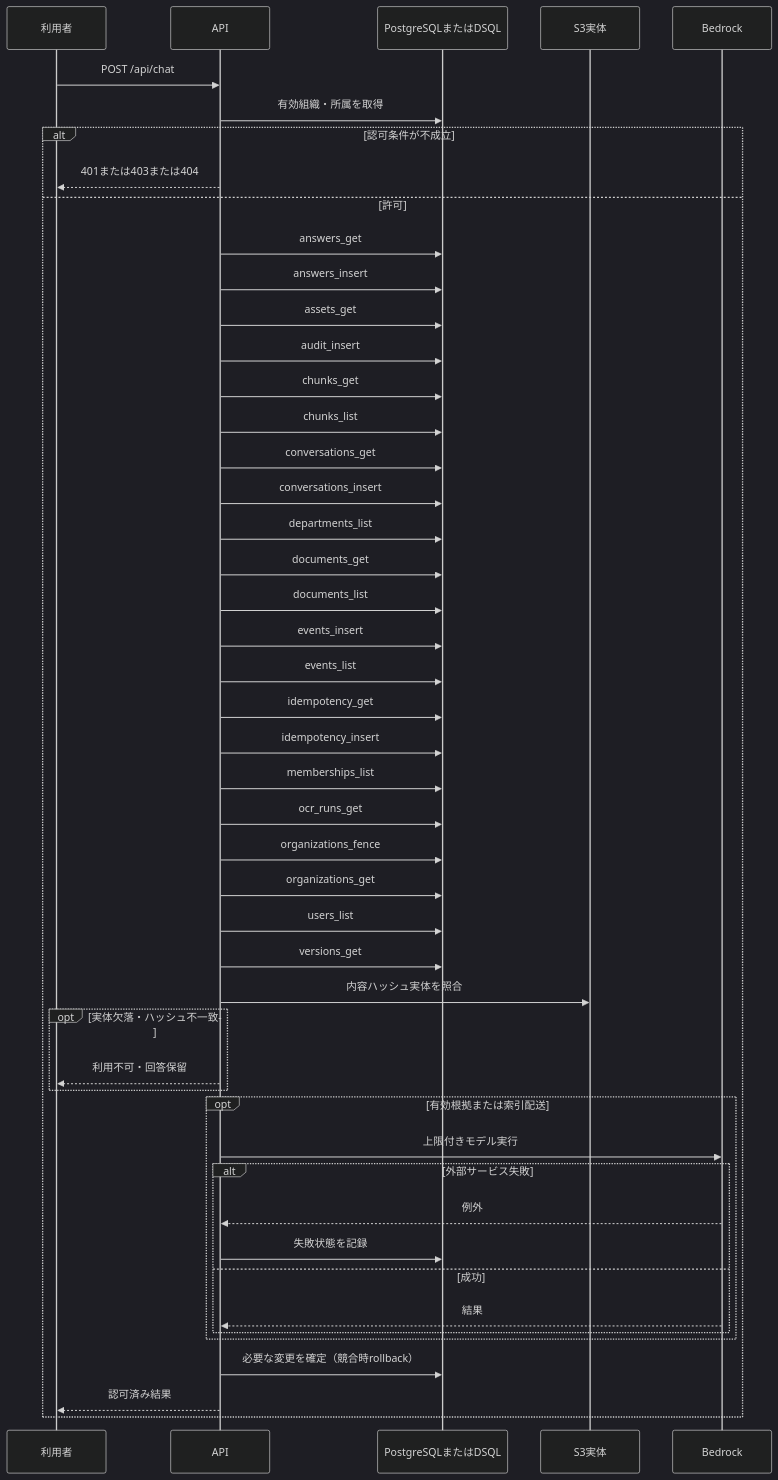
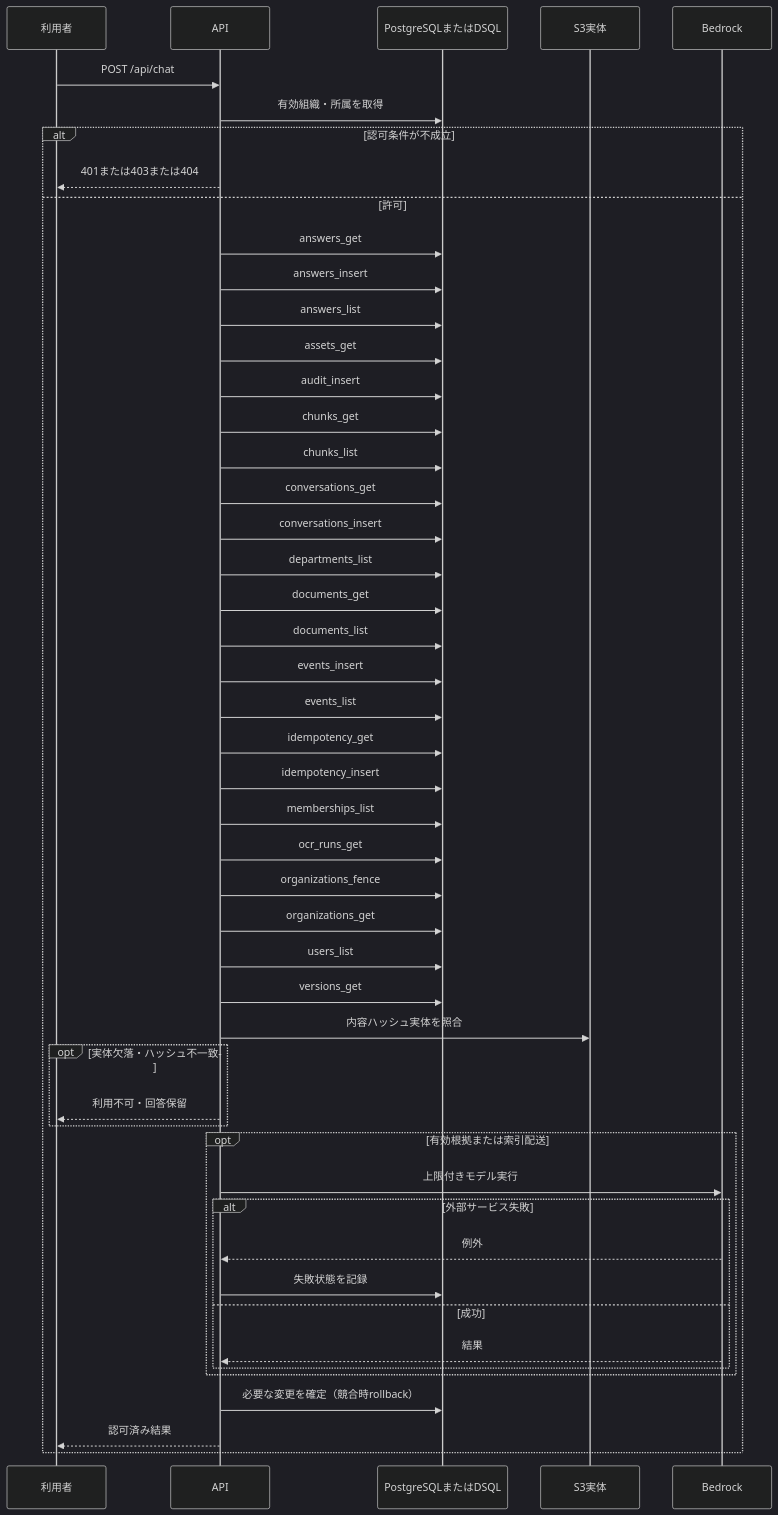
The diagram in docs/design/generated/api/ask_question.sequence.md (tsuji-tomonori/KotoRelay), drawn with Mermaid (dark theme) before and after one commit. The commit also changed other lines of this file and 214 other files, not shown here.

````diff
--- a/docs/design/generated/api/ask_question.sequence.md
+++ b/docs/design/generated/api/ask_question.sequence.md
@@ -5,50 +5,51 @@
 ```mermaid
 sequenceDiagram
     participant U as 利用者
     participant A as API
     participant D as PostgreSQLまたはDSQL
     participant S as S3実体
     participant M as Bedrock
     U->>A: POST /api/chat
     A->>D: 有効組織・所属を取得
     alt 認可条件が不成立
         A-->>U: 401または403または404
     else 許可
         A->>D: answers_get
         A->>D: answers_insert
+        A->>D: answers_list
         A->>D: assets_get
         A->>D: audit_insert
         A->>D: chunks_get
         A->>D: chunks_list
         A->>D: conversations_get
         A->>D: conversations_insert
         A->>D: departments_list
         A->>D: documents_get
         A->>D: documents_list
         A->>D: events_insert
         A->>D: events_list
         A->>D: idempotency_get
         A->>D: idempotency_insert
         A->>D: memberships_list
         A->>D: ocr_runs_get
         A->>D: organizations_fence
         A->>D: organizations_get
         A->>D: users_list
         A->>D: versions_get
         A->>S: 内容ハッシュ実体を照合
         opt 実体欠落・ハッシュ不一致
             A-->>U: 利用不可・回答保留
         end
         opt 有効根拠または索引配送
             A->>M: 上限付きモデル実行
             alt 外部サービス失敗
                 M-->>A: 例外
                 A->>D: 失敗状態を記録
             else 成功
                 M-->>A: 結果
             end
         end
         A->>D: 必要な変更を確定（競合時rollback）
         A-->>U: 認可済み結果
     end
 ```
````
